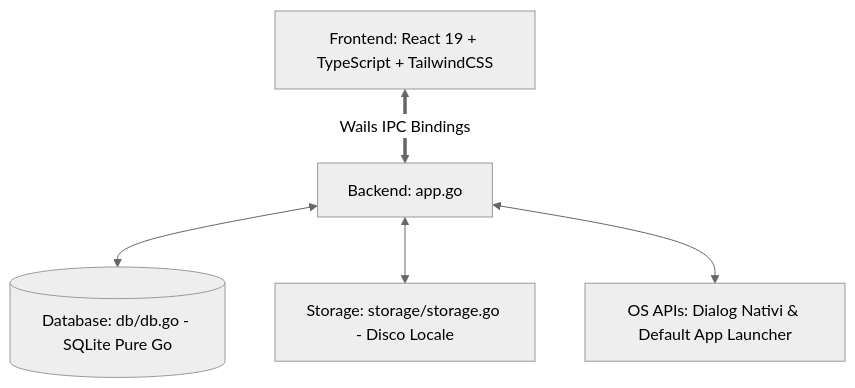
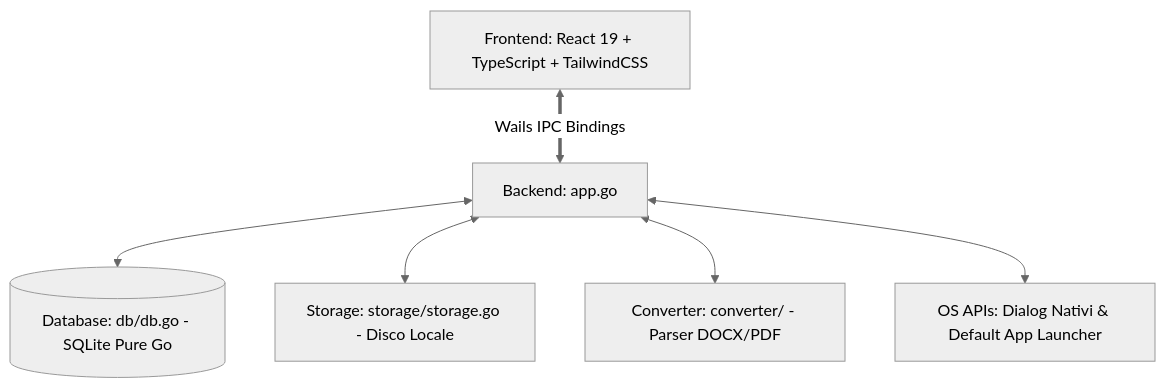
The diagram in README.md (stiavelli21/EduDrive), drawn with Mermaid (neutral theme) before and after one commit. The commit also changed other lines of this file and 23 other files, not shown here.

````diff
--- a/README.md
+++ b/README.md
@@ -82,7 +85,8 @@
 ```mermaid
 graph TD
     UI[Frontend: React 19 + TypeScript + TailwindCSS] <==>|Wails IPC Bindings| AppGo[Backend: app.go]
     AppGo <--> DB[(Database: db/db.go - SQLite Pure Go)]
     AppGo <--> Storage[Storage: storage/storage.go - Disco Locale]
+    AppGo <--> Conv[Converter: converter/ - Parser DOCX/PDF]
     AppGo <--> OS[OS APIs: Dialog Nativi & Default App Launcher]
 ```
````
